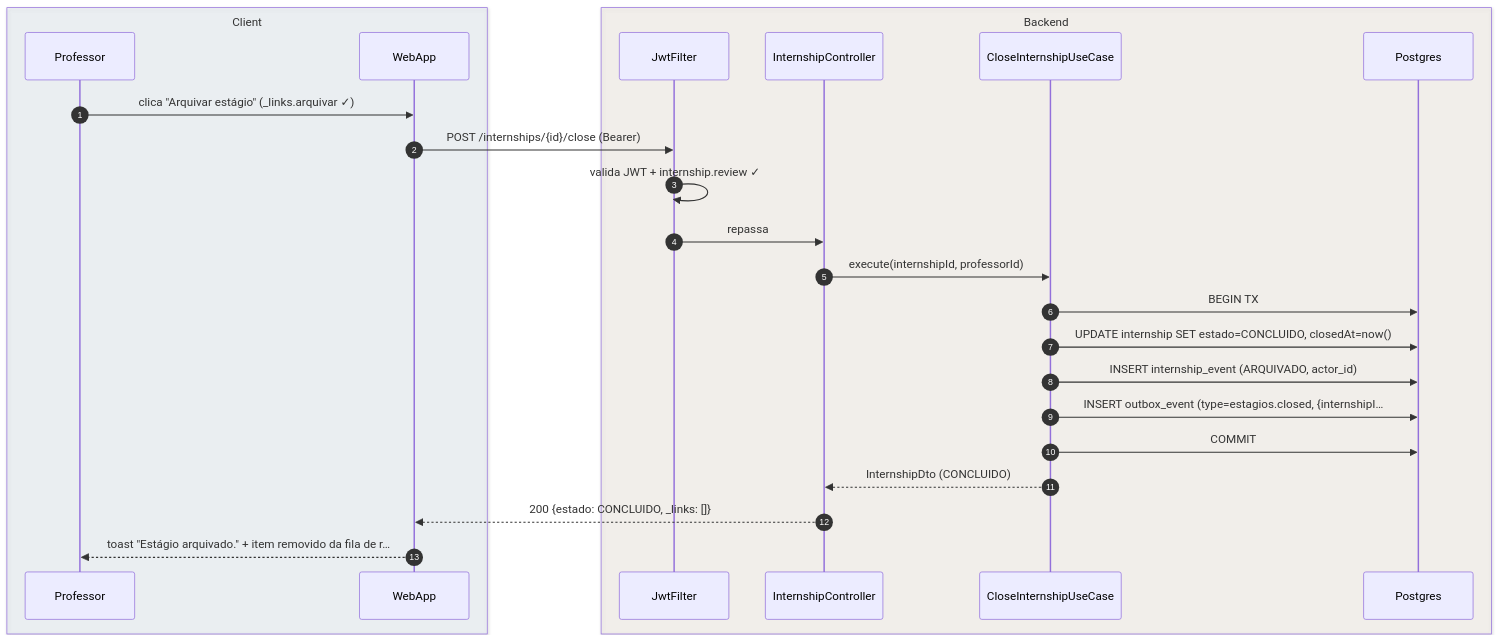
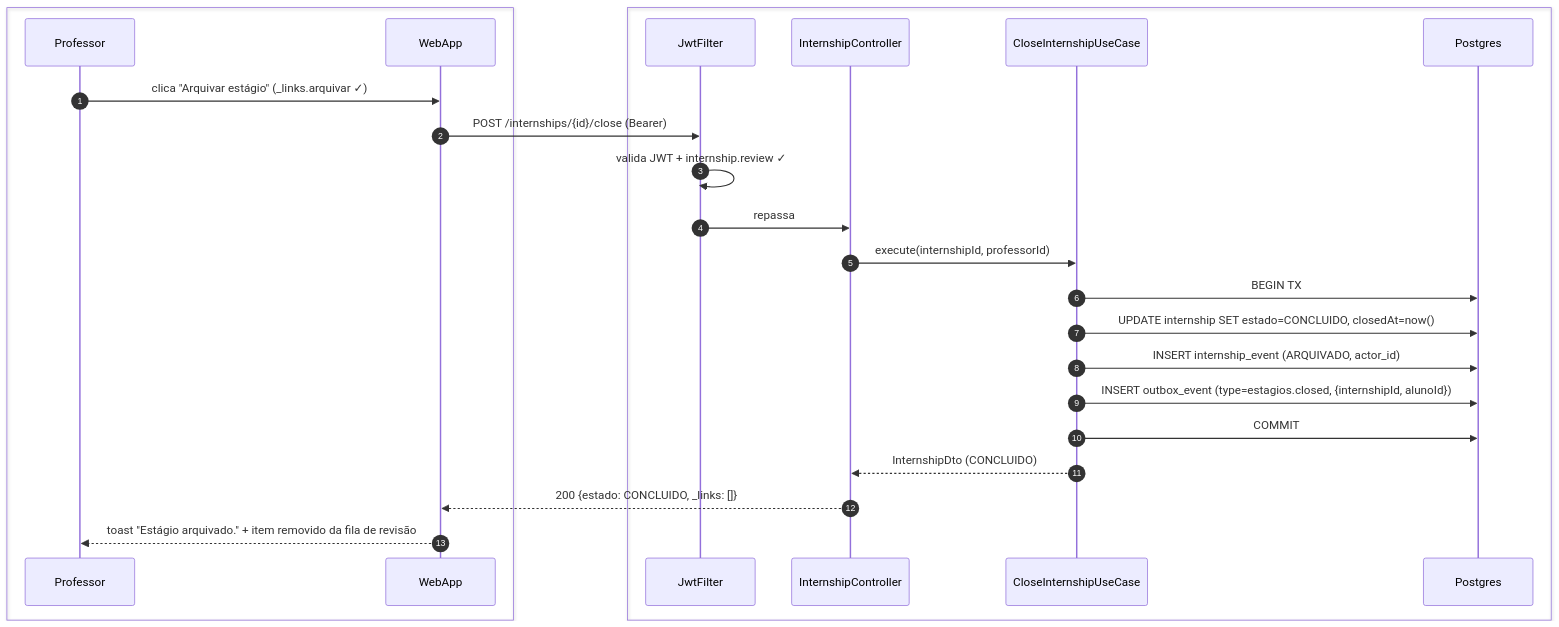
One commit to umishell/secretariaOnline2 changed the third of 4 diagrams in foundationDocs/sequenceDiagrams/F3 — Professor/US-F3-005-ESTAGIO-ORIENTACAO.md. Above: the diagram before and after it, drawn with Mermaid. The commit also changed other lines of this file and 70 other files, not shown here.

First line of the commit message:
Enhance database documentation and introduce new schema files

````diff
--- a/foundationDocs/sequenceDiagrams/F3 — Professor/US-F3-005-ESTAGIO-ORIENTACAO.md
+++ b/foundationDocs/sequenceDiagrams/F3 — Professor/US-F3-005-ESTAGIO-ORIENTACAO.md
@@ -133,28 +133,28 @@
 ```mermaid
 sequenceDiagram
     autonumber
-    box rgba(230,245,255,0.3) Client
+    box #e8f4fc Cliente
         participant Professor
         participant WebApp
     end
-    box rgba(255,245,230,0.3) Backend
+    box #fff8ee Servidor
         participant JwtFilter
         participant InternshipController
         participant CloseInternshipUC as CloseInternshipUseCase
         participant Postgres
     end
 
     Professor->>WebApp: clica "Arquivar estágio" (_links.arquivar ✓)
     WebApp->>JwtFilter: POST /internships/{id}/close (Bearer)
     JwtFilter->>JwtFilter: valida JWT + internship.review ✓
     JwtFilter->>InternshipController: repassa
     InternshipController->>CloseInternshipUC: execute(internshipId, professorId)
     CloseInternshipUC->>Postgres: BEGIN TX
     CloseInternshipUC->>Postgres: UPDATE internship SET estado=CONCLUIDO, closedAt=now()
     CloseInternshipUC->>Postgres: INSERT internship_event (ARQUIVADO, actor_id)
-    CloseInternshipUC->>Postgres: INSERT outbox_event (type=estagios.closed, {internshipI…
+    CloseInternshipUC->>Postgres: INSERT outbox_event (type=estagios.closed, {internshipId, alunoId})
     CloseInternshipUC->>Postgres: COMMIT
     CloseInternshipUC-->>InternshipController: InternshipDto (CONCLUIDO)
     InternshipController-->>WebApp: 200 {estado: CONCLUIDO, _links: []}
-    WebApp-->>Professor: toast "Estágio arquivado." + item removido da fila de r…
+    WebApp-->>Professor: toast "Estágio arquivado." + item removido da fila de revisão
 ```
````
